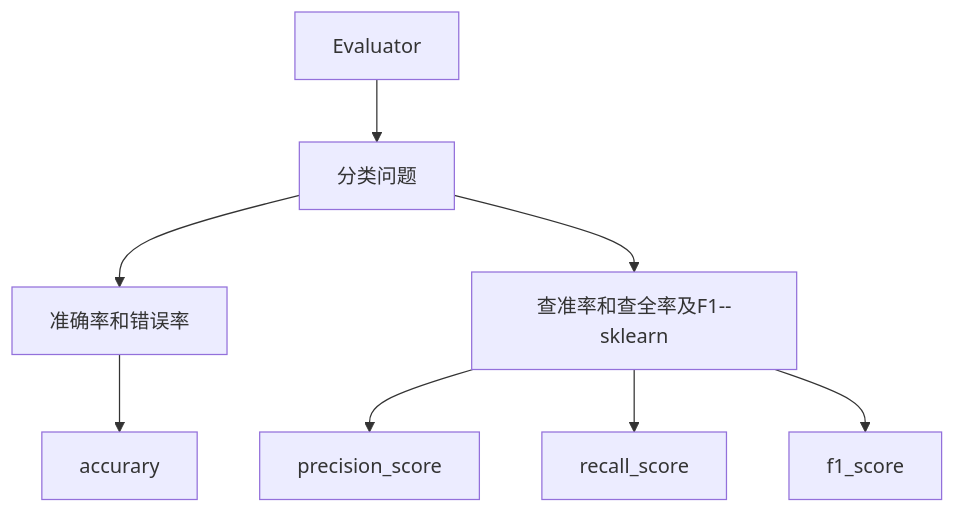
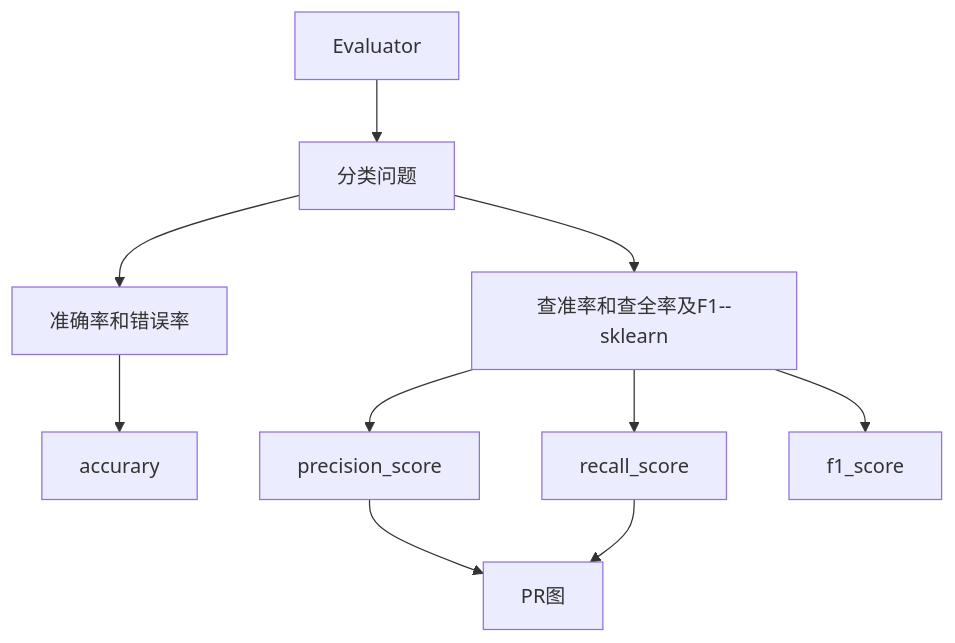
One commit to xxxxlc/- changed the diagram in ML_tensorflow/evaluator/README.md. Above: the diagram before and after it, drawn with Mermaid. The commit also changed other lines of this file and 20 other files, not shown here.

````diff
--- a/ML_tensorflow/evaluator/README.md
+++ b/ML_tensorflow/evaluator/README.md
@@ -9,10 +9,12 @@
 ```mermaid
 graph TB
 Evaluator[Evaluator] --> classify[分类问题]
 classify --> auc[准确率和错误率]
 auc --> accuracy[accurary]
 classify --> pre_recall_f1[查准率和查全率及F1--sklearn]
 pre_recall_f1 --> precision_score
 pre_recall_f1 --> recall_score
 pre_recall_f1 --> f1_score
+precision_score --> pr[PR图]
+recall_score --> pr
 ```
````
